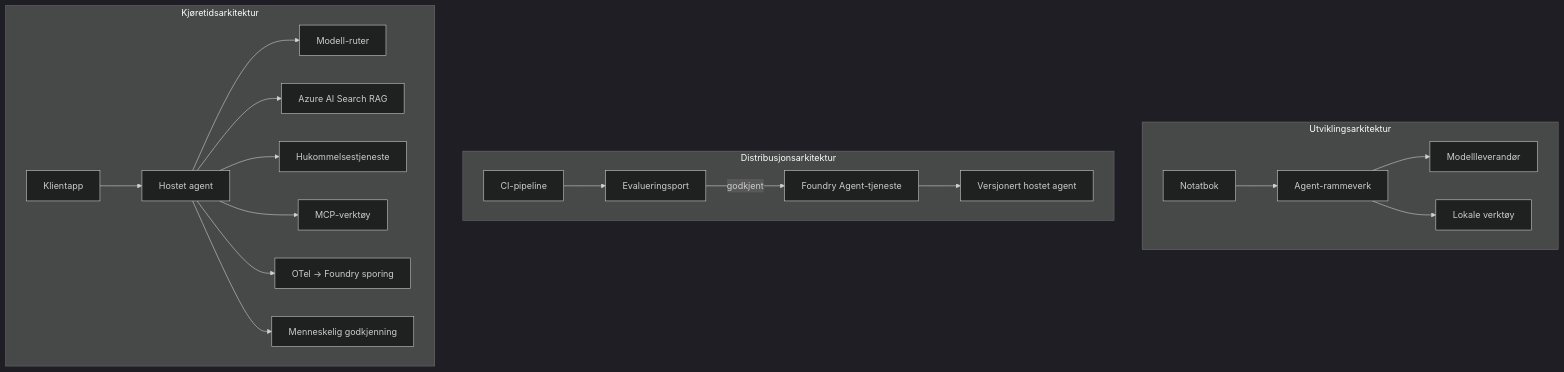
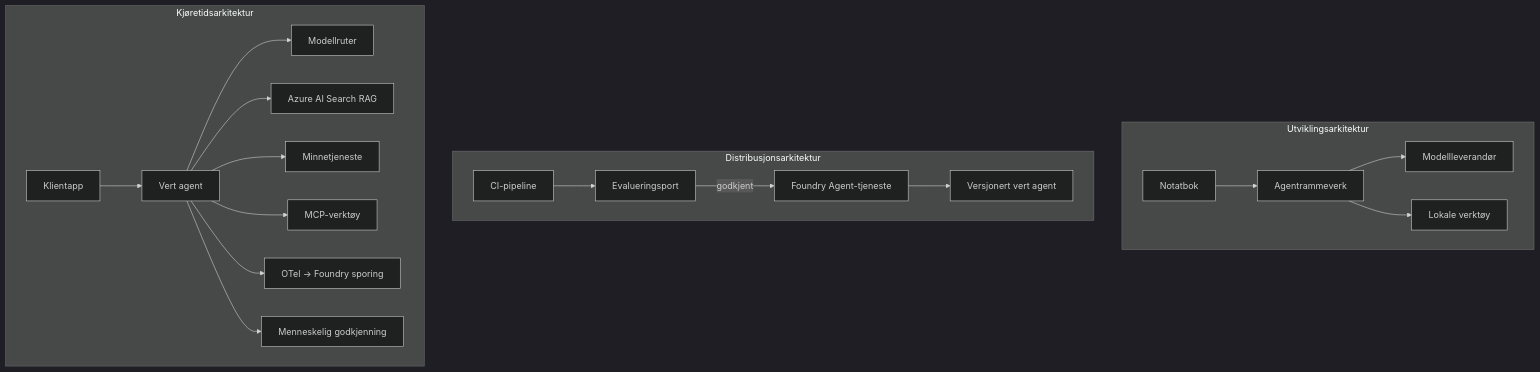
One commit to gabrielmoreira/agent-skills-mirror changed the fourth of 4 diagrams in mirrors/repos/microsoft@ai-agents-for-beginners/translations/no/16-deploying-scalable-agents/README.md. Above: the diagram before and after it, drawn with Mermaid (dark theme). The commit also changed other lines of this file and 4262 other files, not shown here.

````diff
--- a/mirrors/repos/microsoft@ai-agents-for-beginners/translations/no/16-deploying-scalable-agents/README.md
+++ b/mirrors/repos/microsoft@ai-agents-for-beginners/translations/no/16-deploying-scalable-agents/README.md
@@ -185,22 +185,22 @@
 ```mermaid
 flowchart TB
     subgraph Dev[Utviklingsarkitektur]
-        D1[Notatbok] --> D2[Agent-rammeverk]
+        D1[Notatbok] --> D2[Agentrammeverk]
         D2 --> D3[Modellleverandør]
         D2 --> D4[Lokale verktøy]
     end
     subgraph Deploy[Distribusjonsarkitektur]
         E1[CI-pipeline] --> E2[Evalueringsport]
         E2 -->|godkjent| E3[Foundry Agent-tjeneste]
-        E3 --> E4[Versjonert hostet agent]
+        E3 --> E4[Versjonert vert agent]
     end
     subgraph Run[Kjøretidsarkitektur]
-        F1[Klientapp] --> F2[Hostet agent]
-        F2 --> F3[Modell-ruter]
+        F1[Klientapp] --> F2[Vert agent]
+        F2 --> F3[Modellruter]
         F2 --> F4[Azure AI Search RAG]
-        F2 --> F5[Hukommelsestjeneste]
+        F2 --> F5[Minnetjeneste]
         F2 --> F6[MCP-verktøy]
         F2 --> F7[OTel -> Foundry sporing]
         F2 --> F8[Menneskelig godkjenning]
     end
 ```
````
